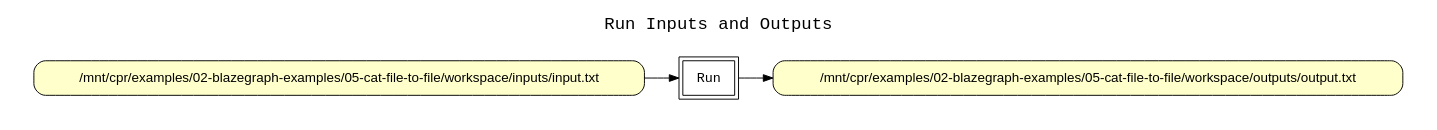
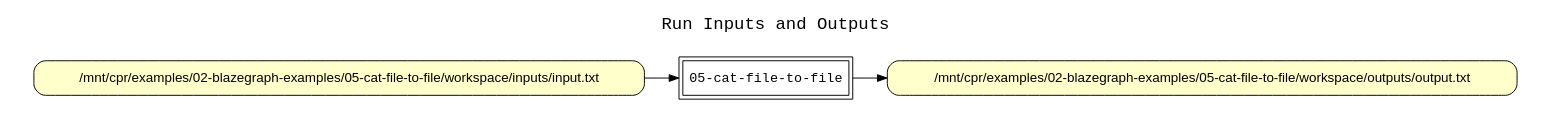
The diagram in examples/02-blazegraph-examples/05-cat-file-to-file/run/graph-1.gv (CIRSS/cpr), drawn with Graphviz before and after one commit. The commit also changed other lines of this file and 58 other files, not shown here.

```diff
--- a/examples/02-blazegraph-examples/05-cat-file-to-file/run/graph-1.gv
+++ b/examples/02-blazegraph-examples/05-cat-file-to-file/run/graph-1.gv
@@ -1,34 +1,35 @@
+
 
 digraph cpr_run {
 rankdir=LR
 fontname=Courier; fontsize=18; labelloc=t
 label="Run Inputs and Outputs"
 
 node[shape=box style="filled" fillcolor="#FFFFFF" peripheries=2 fontname=Courier]
-Run
+"run" [label="05-cat-file-to-file"]
 
 subgraph cluster_input_files { label=""; color=white; penwidth=0
 subgraph cluster_input_files_inner { label=""; color=white
 node[shape=box style="rounded,filled" fillcolor="#FFFFCC" peripheries=1 fontname=Helvetica]
 
 "/mnt/cpr/examples/02-blazegraph-examples/05-cat-file-to-file/workspace/inputs/input.txt" [label="/mnt/cpr/examples/02-blazegraph-examples/05-cat-file-to-file/workspace/inputs/input.txt"]
 
 }}
 
 
-"/mnt/cpr/examples/02-blazegraph-examples/05-cat-file-to-file/workspace/inputs/input.txt" -> "Run"
+"/mnt/cpr/examples/02-blazegraph-examples/05-cat-file-to-file/workspace/inputs/input.txt" -> "run"
 
 
 subgraph cluster_output_files { label=""; color=white; penwidth=0
 subgraph cluster_output_files_inner { label=""; color=white
 node[shape=box style="rounded,filled" fillcolor="#FFFFCC" peripheries=1 fontname=Helvetica]
 
 "/mnt/cpr/examples/02-blazegraph-examples/05-cat-file-to-file/workspace/outputs/output.txt" [label="/mnt/cpr/examples/02-blazegraph-examples/05-cat-file-to-file/workspace/outputs/output.txt"]
 
 }}
 
 
-"Run" -> "/mnt/cpr/examples/02-blazegraph-examples/05-cat-file-to-file/workspace/outputs/output.txt"
+"run" -> "/mnt/cpr/examples/02-blazegraph-examples/05-cat-file-to-file/workspace/outputs/output.txt"
 
 
 }
```
